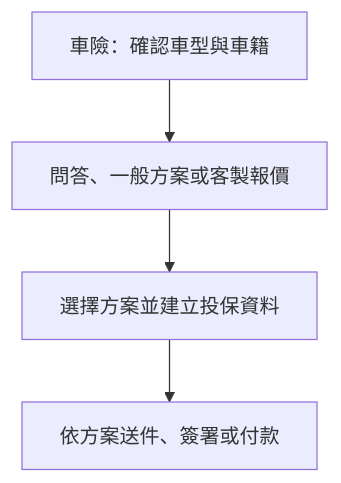
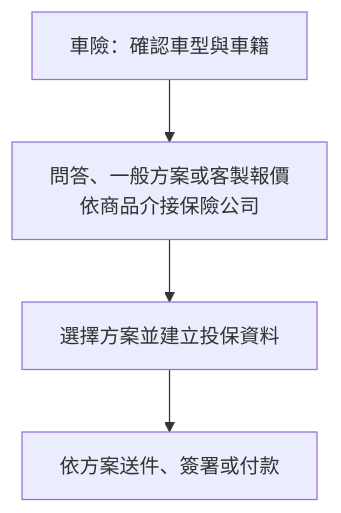
One commit to highhao/insurance-saas-platform changed the first of 3 diagrams in README.md. Above: the diagram before and after it, drawn with Mermaid. The commit also changed other lines of this file, not shown here.

Commit message:
Clarify portfolio architecture and presentation

````diff
--- a/README.md
+++ b/README.md
@@ -11,6 +11,6 @@
 ```mermaid
 flowchart TB
-    A[車險：確認車型與車籍] --> B[問答、一般方案或客製報價]
+    A[車險：確認車型與車籍] --> B[問答、一般方案或客製報價<br/>依商品介接保險公司]
     B --> C[選擇方案並建立投保資料]
     C --> D[依方案送件、簽署或付款]
 ```
````
